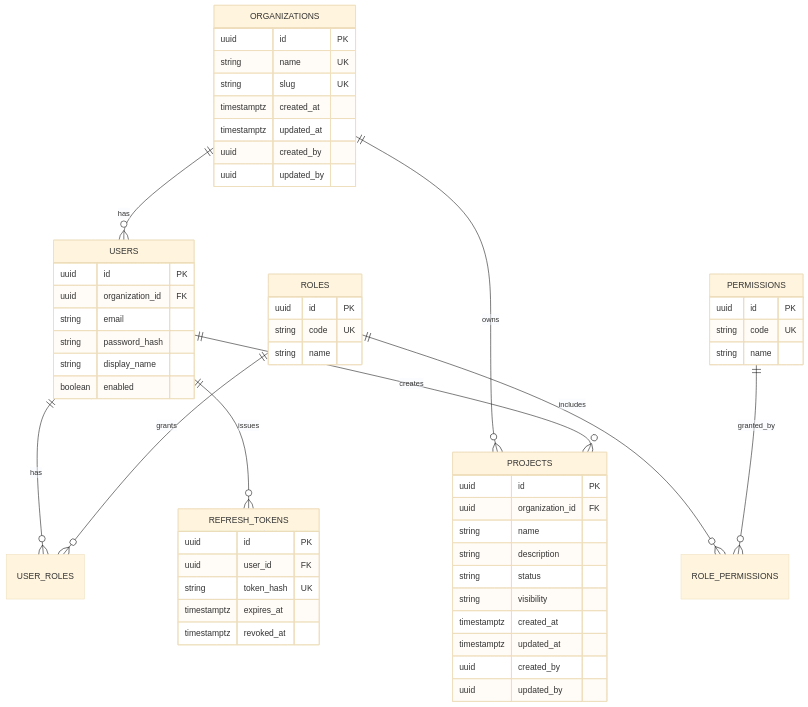
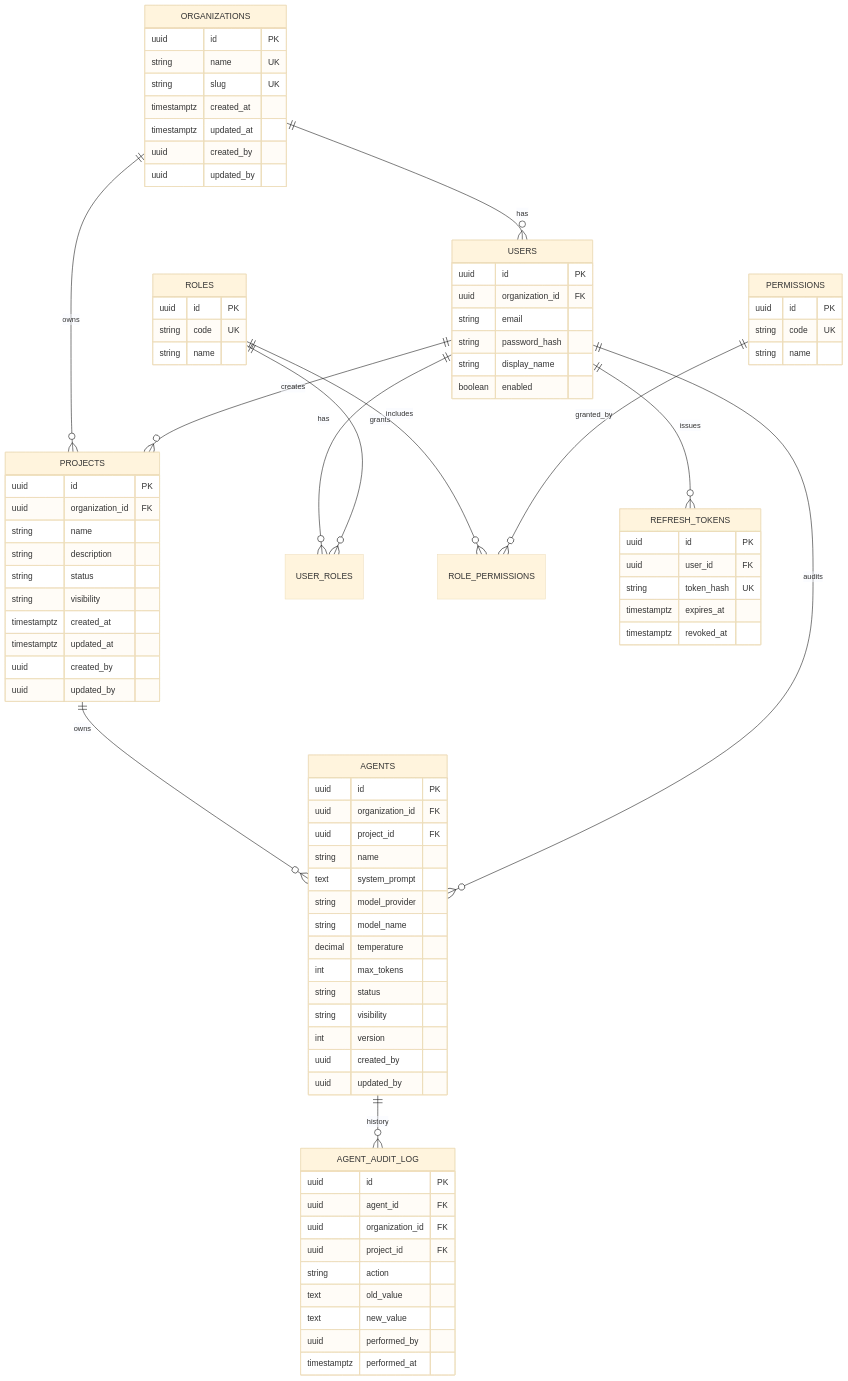
The diagram in docs/011_DATABASE_ER.md (ghurm-nova-platform/nova-platform), drawn with Mermaid (base theme) before and after one commit. The commit also changed other lines of this file and 56 other files, not shown here.

First line of the commit message:
feat(agents): add project-scoped agent management

```diff
--- a/docs/011_DATABASE_ER.md
+++ b/docs/011_DATABASE_ER.md
@@ -42,6 +42,10 @@
     string name
   }
 
+  PROJECTS ||--o{ AGENTS : owns
+  USERS ||--o{ AGENTS : audits
+  AGENTS ||--o{ AGENT_AUDIT_LOG : history
+
   PROJECTS {
     uuid id PK
     uuid organization_id FK
@@ -55,6 +59,35 @@
     uuid updated_by
   }
 
+  AGENTS {
+    uuid id PK
+    uuid organization_id FK
+    uuid project_id FK
+    string name
+    text system_prompt
+    string model_provider
+    string model_name
+    decimal temperature
+    int max_tokens
+    string status
+    string visibility
+    int version
+    uuid created_by
+    uuid updated_by
+  }
+
+  AGENT_AUDIT_LOG {
+    uuid id PK
+    uuid agent_id FK
+    uuid organization_id FK
+    uuid project_id FK
+    string action
+    text old_value
+    text new_value
+    uuid performed_by
+    timestamptz performed_at
+  }
+
   REFRESH_TOKENS {
     uuid id PK
     uuid user_id FK
```
